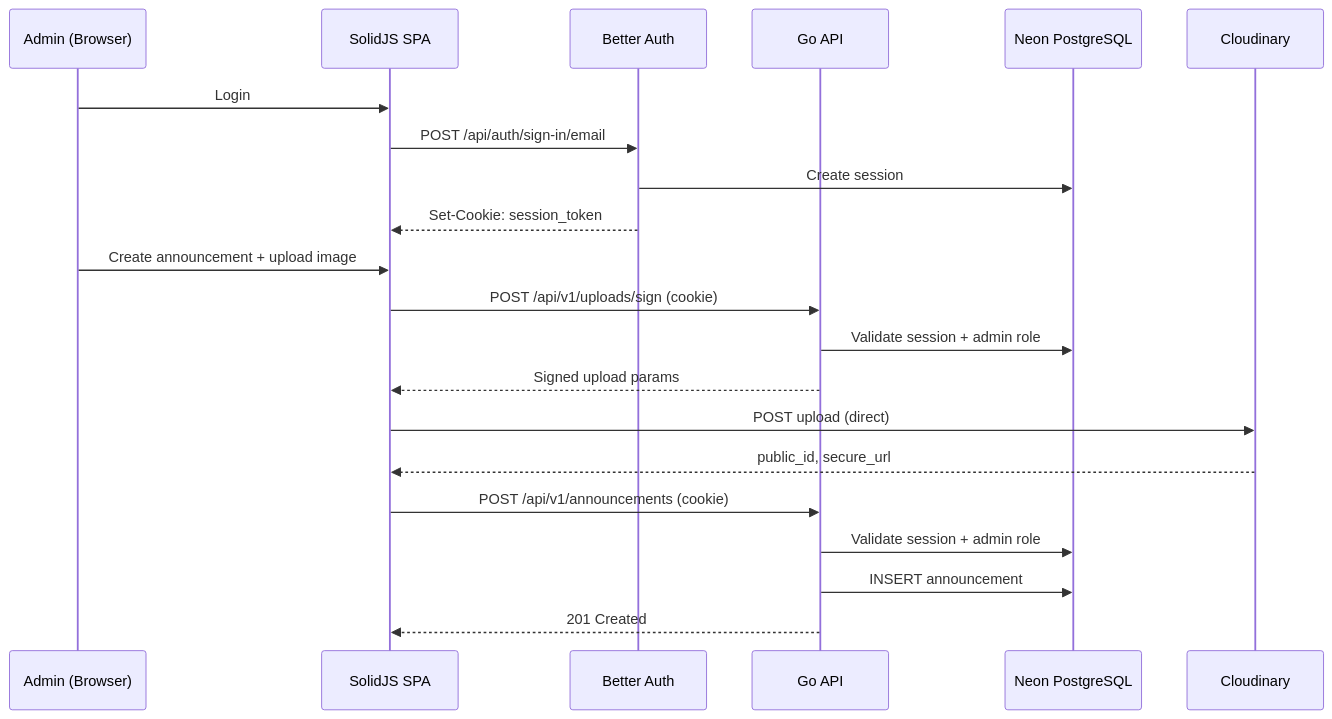
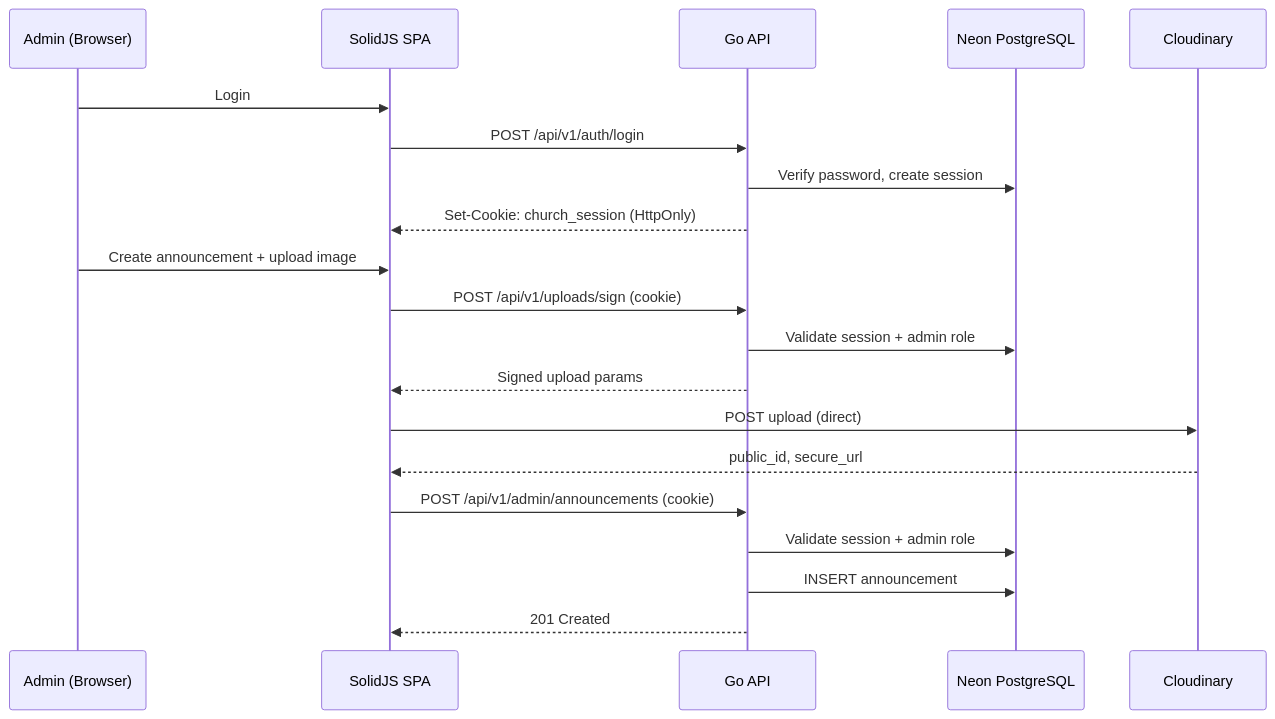
Before and after one commit to DavidK4leido5/non-profit-cfc-website: the third of 6 diagrams in PLAN.md, drawn with Mermaid. The commit also changed other lines of this file and 34 other files, not shown here.

````diff
--- a/PLAN.md
+++ b/PLAN.md
@@ -123,26 +129,25 @@
 ```mermaid
 sequenceDiagram
     participant A as Admin (Browser)
     participant SPA as SolidJS SPA
-    participant AUTH as Better Auth
     participant API as Go API
     participant DB as Neon PostgreSQL
     participant CL as Cloudinary
 
     A->>SPA: Login
-    SPA->>AUTH: POST /api/auth/sign-in/email
-    AUTH->>DB: Create session
-    AUTH-->>SPA: Set-Cookie: session_token
+    SPA->>API: POST /api/v1/auth/login
+    API->>DB: Verify password, create session
+    API-->>SPA: Set-Cookie: church_session (HttpOnly)
 
     A->>SPA: Create announcement + upload image
     SPA->>API: POST /api/v1/uploads/sign (cookie)
     API->>DB: Validate session + admin role
     API-->>SPA: Signed upload params
     SPA->>CL: POST upload (direct)
     CL-->>SPA: public_id, secure_url
 
-    SPA->>API: POST /api/v1/announcements (cookie)
+    SPA->>API: POST /api/v1/admin/announcements (cookie)
     API->>DB: Validate session + admin role
     API->>DB: INSERT announcement
     API-->>SPA: 201 Created
 ```
````
